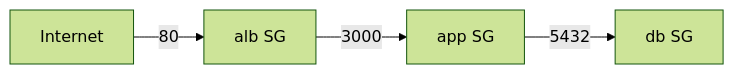
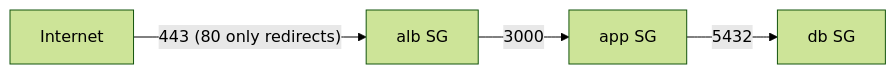
One commit to bdahiya2007/secure-containerized-microservices-app-aws changed the second of 2 diagrams in README.md. Above: the diagram before and after it, drawn with Mermaid (forest theme).

Commit message:
README network layout diagram: show 443 (80 only redirects)
The security-group chain diagram still labelled the internet to ALB hop as 80. A search for ':80' missed it
because the label was just the number.

````diff
--- a/README.md
+++ b/README.md
@@ -34,6 +34,6 @@
 ```mermaid
 flowchart LR
-  I["Internet"] -->|"80"| A["alb SG"]
+  I["Internet"] -->|"443 (80 only redirects)"| A["alb SG"]
   A -->|"3000"| P["app SG"]
   P -->|"5432"| D["db SG"]
 ```
````
